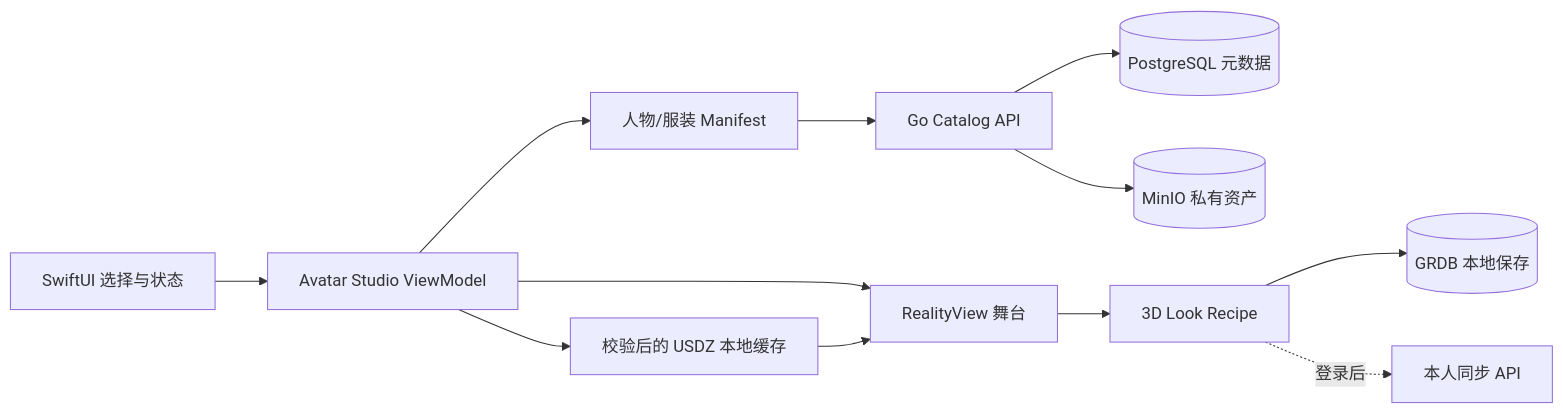
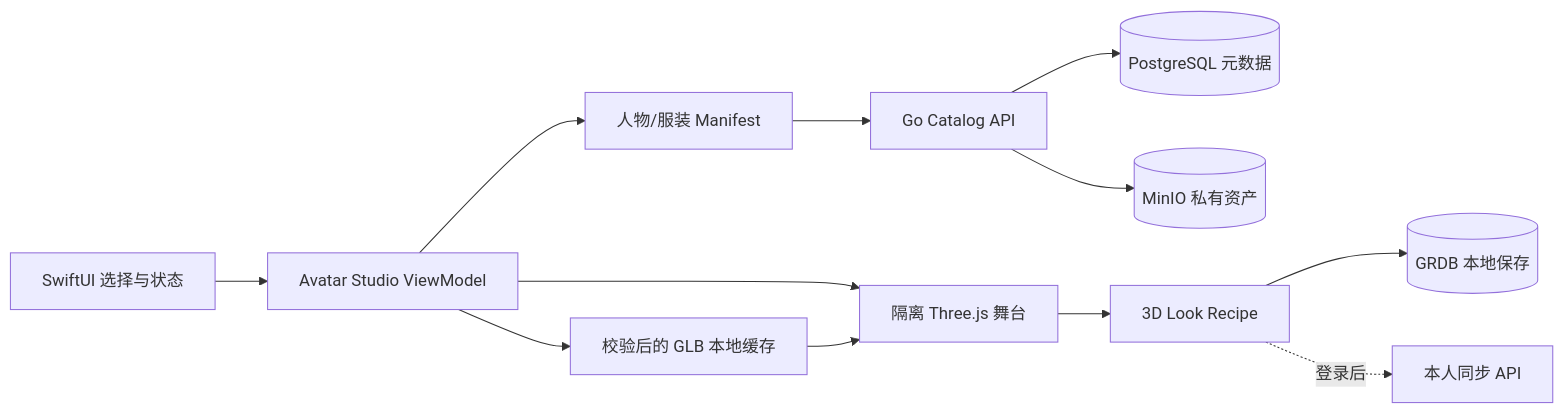
One commit to StephenQiu30/then-server changed the diagram in docs/design/20-OOTD完整产品能力与阶段架构设计.md. Above: the diagram before and after it, drawn with Mermaid. The commit also changed other lines of this file and 94 other files, not shown here.

````diff
--- a/docs/design/20-OOTD完整产品能力与阶段架构设计.md
+++ b/docs/design/20-OOTD完整产品能力与阶段架构设计.md
@@ -161,14 +188,14 @@
 ```mermaid
 flowchart LR
     UI[SwiftUI 选择与状态] --> VM[Avatar Studio ViewModel]
     VM --> Catalog[人物/服装 Manifest]
-    VM --> Cache[校验后的 USDZ 本地缓存]
+    VM --> Cache[校验后的 GLB 本地缓存]
     Catalog --> API[Go Catalog API]
     API --> PG[(PostgreSQL 元数据)]
     API --> MinIO[(MinIO 私有资产)]
-    VM --> Stage[RealityView 舞台]
+    VM --> Stage[隔离 Three.js 舞台]
     Cache --> Stage
     Stage --> Recipe[3D Look Recipe]
     Recipe --> Local[(GRDB 本地保存)]
     Recipe -. 登录后 .-> Sync[本人同步 API]
 ```
````
